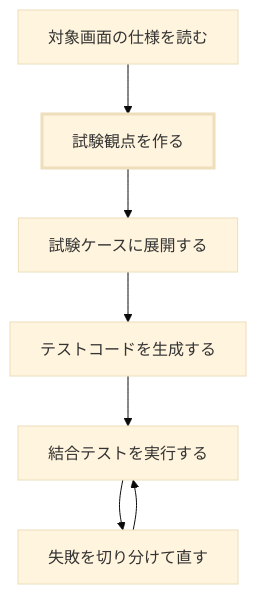
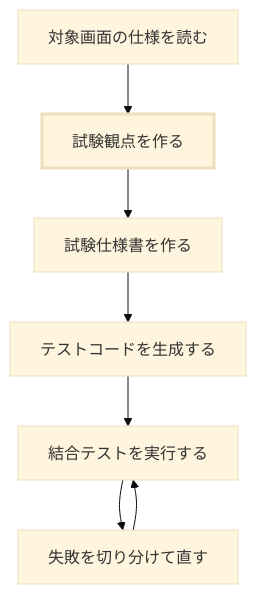
The second of 2 diagrams in docs-next/docs/operations/playwright-adoption.md (CHS-Training-Org/ai_training_for_chuo_system), drawn with Mermaid (base theme) before and after one commit. The commit also changed other lines of this file and 9 other files, not shown here.

````diff
--- a/docs-next/docs/operations/playwright-adoption.md
+++ b/docs-next/docs/operations/playwright-adoption.md
@@ -126,10 +130,10 @@
 ```mermaid
 flowchart TB
   A["対象画面の仕様を読む"] --> B["試験観点を作る"]
-  B --> C["試験ケースに展開する"]
+  B --> C["試験仕様書を作る"]
   C --> D["テストコードを生成する"]
   D --> E["結合テストを実行する"]
   E --> F["失敗を切り分けて直す"]
   F --> E
   style B stroke-width: 3px
 ```
````
